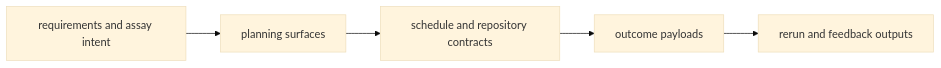
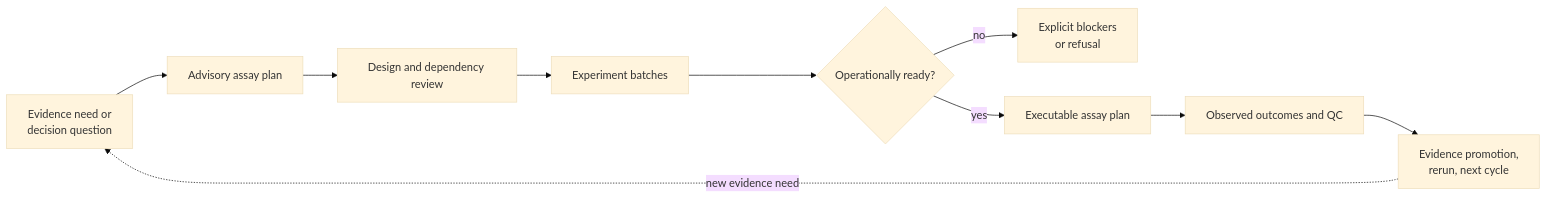
One commit to bijux/bijux-proteomics changed the diagram in docs/07-bijux-proteomics-lab/interfaces/index.md. Above: the diagram before and after it, drawn with Mermaid (base theme). The commit also changed other lines of this file and 2 other files, not shown here.

Commit message:
docs(lab): distinguish advice readiness and execution

````diff
--- a/docs/07-bijux-proteomics-lab/interfaces/index.md
+++ b/docs/07-bijux-proteomics-lab/interfaces/index.md
@@ -17,10 +19,17 @@
 ```mermaid
 flowchart LR
-    intent["requirements and assay intent"]
-    planning["planning surfaces"]
-    schedules["schedule and repository contracts"]
-    outcomes["outcome payloads"]
-    feedback["rerun and feedback outputs"]
+    need["Evidence need or<br/>decision question"]
+    advisory["Advisory assay plan"]
+    design["Design and dependency review"]
+    batch["Experiment batches"]
+    readiness{"Operationally ready?"}
+    refusal["Explicit blockers<br/>or refusal"]
+    execution["Executable assay plan"]
+    outcome["Observed outcomes and QC"]
+    reconcile["Evidence promotion,<br/>rerun, next cycle"]
 
-    intent --> planning --> schedules --> outcomes --> feedback
+    need --> advisory --> design --> batch --> readiness
+    readiness -->|no| refusal
+    readiness -->|yes| execution --> outcome --> reconcile
+    reconcile -. new evidence need .-> need
 ```
````
